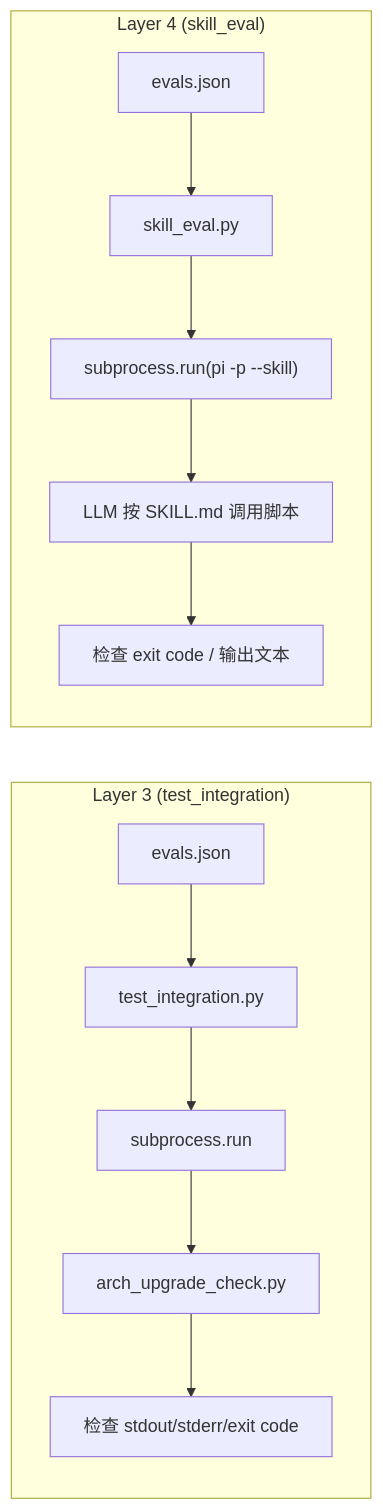
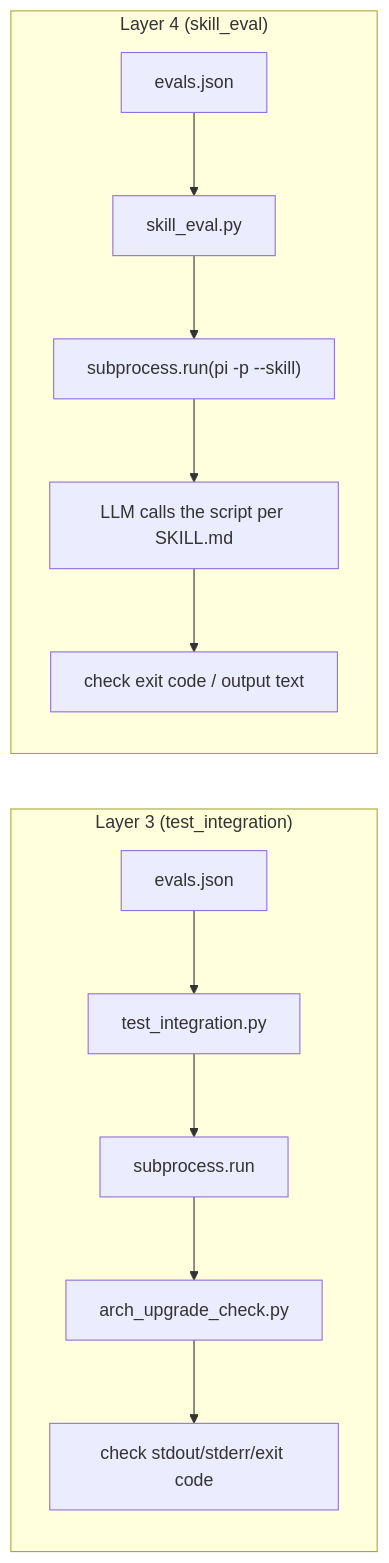
The diagram in docs/testing-guide.md (zhaozihanzzh/archlinux-upgrade-check-skill), drawn with Mermaid before and after one commit. The commit also changed other lines of this file and 59 other files, not shown here.

````diff
--- a/docs/testing-guide.md
+++ b/docs/testing-guide.md
@@ -43,16 +45,16 @@
 ```mermaid
 flowchart LR
     subgraph L3["Layer 3 (test_integration)"]
         A[evals.json] --> B[test_integration.py]
         B --> C["subprocess.run"]
         C --> D[arch_upgrade_check.py]
-        D --> E[检查 stdout/stderr/exit code]
+        D --> E[check stdout/stderr/exit code]
     end
-    
+
     subgraph L4["Layer 4 (skill_eval)"]
         F[evals.json] --> G[skill_eval.py]
         G --> H["subprocess.run(pi -p --skill)"]
-        H --> I["LLM 按 SKILL.md 调用脚本"]
-        I --> J[检查 exit code / 输出文本]
+        H --> I["LLM calls the script per SKILL.md"]
+        I --> J[check exit code / output text]
     end
 ```
````
